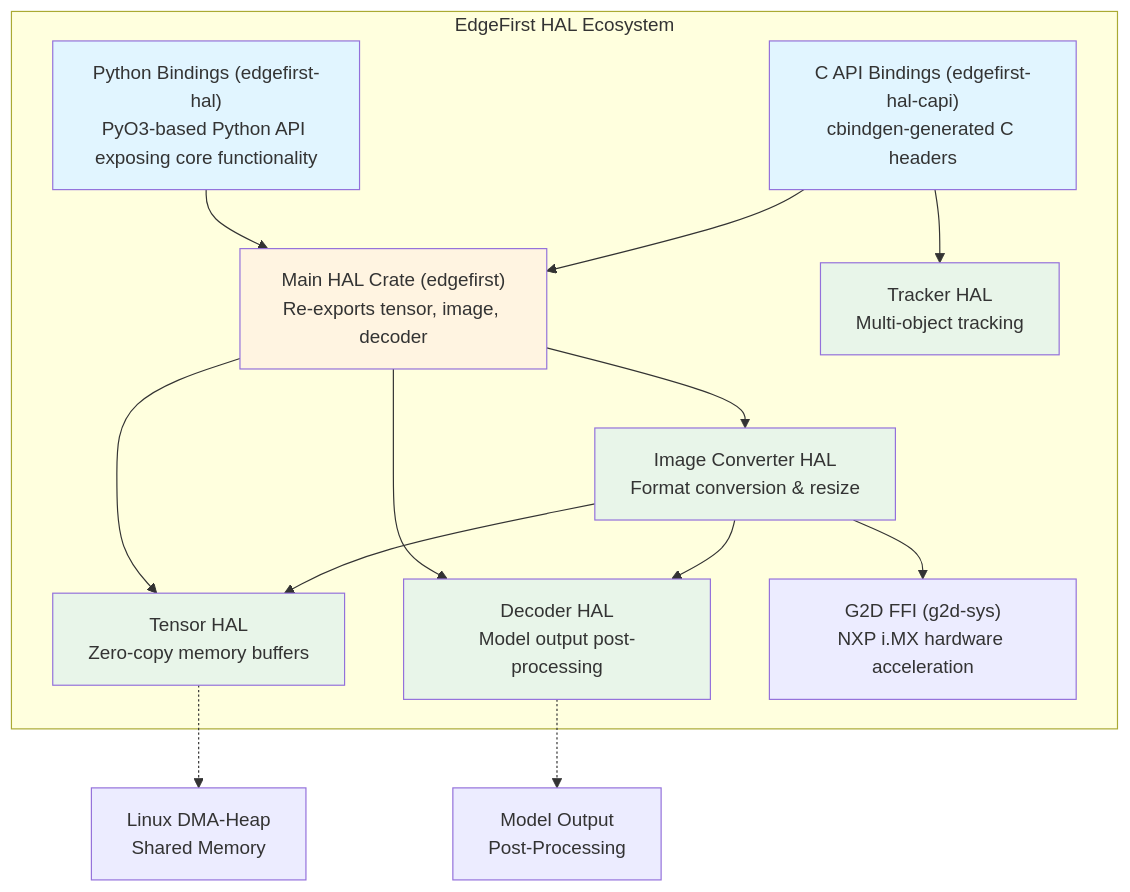
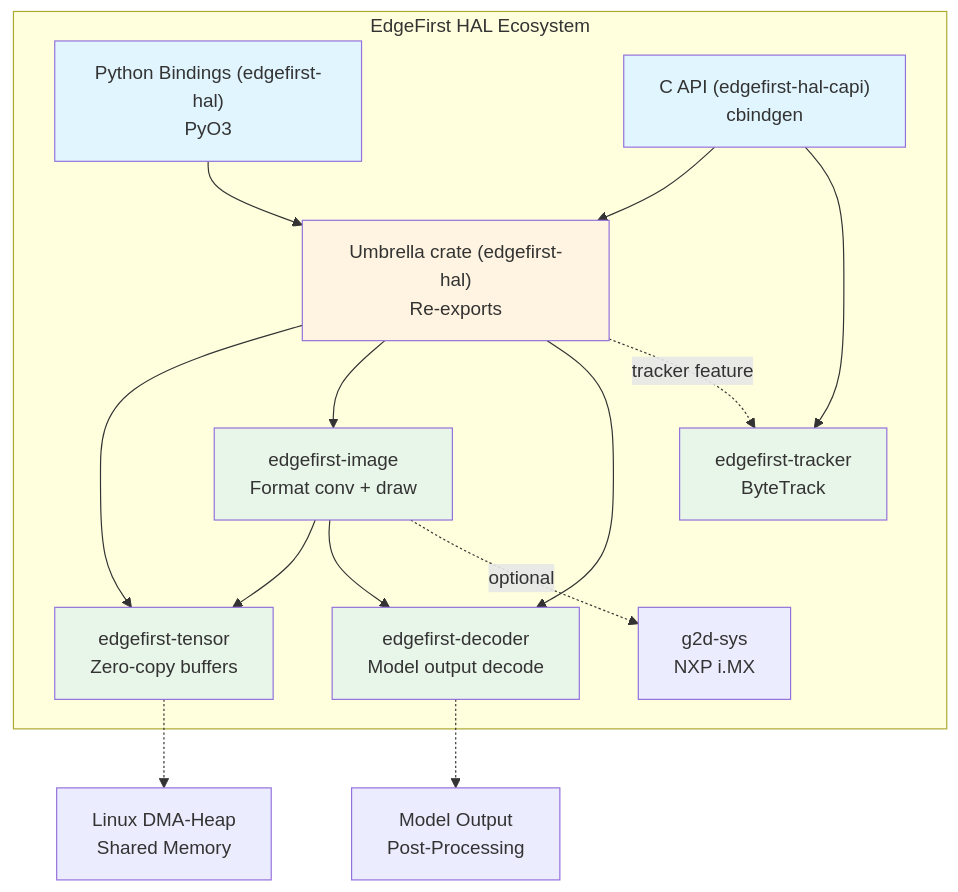
One commit to EdgeFirstAI/hal changed the first of 2 diagrams in README.md. Above: the diagram before and after it, drawn with Mermaid. The commit also changed other lines of this file and 23 other files, not shown here.

````diff
--- a/README.md
+++ b/README.md
@@ -82,36 +98,37 @@
 ```mermaid
 graph TB
     subgraph "EdgeFirst HAL Ecosystem"
-        Python["Python Bindings (edgefirst-hal)<br/>PyO3-based Python API exposing core functionality"]
-        CAPI["C API Bindings (edgefirst-hal-capi)<br/>cbindgen-generated C headers"]
-        Main["Main HAL Crate (edgefirst)<br/>Re-exports tensor, image, decoder"]
+        Python["Python Bindings (edgefirst-hal)<br/>PyO3"]
+        CAPI["C API (edgefirst-hal-capi)<br/>cbindgen"]
+        Main["Umbrella crate (edgefirst-hal)<br/>Re-exports"]
 
         Python --> Main
         CAPI --> Main
 
-        Tensor["Tensor HAL<br/>Zero-copy memory buffers"]
-        Image["Image Converter HAL<br/>Format conversion & resize"]
-        Decoder["Decoder HAL<br/>Model output post-processing"]
-        Tracker["Tracker HAL<br/>Multi-object tracking"]
+        Tensor["edgefirst-tensor<br/>Zero-copy buffers"]
+        Image["edgefirst-image<br/>Format conv + draw"]
+        Decoder["edgefirst-decoder<br/>Model output decode"]
+        Tracker["edgefirst-tracker<br/>ByteTrack"]
 
         Main --> Tensor
         Main --> Image
         Main --> Decoder
+        Main -.->|tracker feature| Tracker
         CAPI --> Tracker
 
         Image --> Tensor
         Image --> Decoder
-        Image --> G2D["G2D FFI (g2d-sys)<br/>NXP i.MX hardware acceleration"]
+        Image -.optional.-> G2D["g2d-sys<br/>NXP i.MX"]
     end
 
     Tensor -.-> DMA["Linux DMA-Heap<br/>Shared Memory"]
     Decoder -.-> PostProc["Model Output<br/>Post-Processing"]
 
     style Python fill:#e1f5ff
     style CAPI fill:#e1f5ff
     style Main fill:#fff4e1
     style Tensor fill:#e8f5e9
     style Image fill:#e8f5e9
     style Decoder fill:#e8f5e9
     style Tracker fill:#e8f5e9
 ```
````
